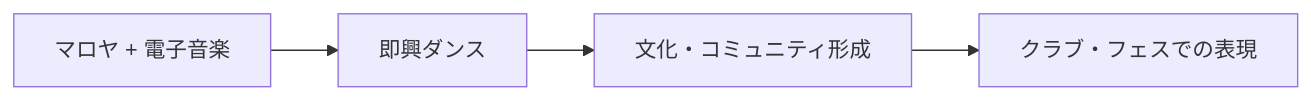
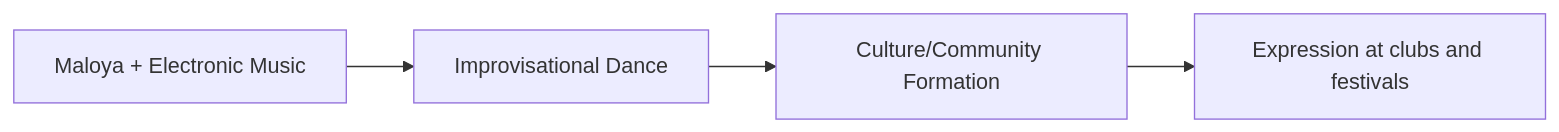
The sixth of 6 diagrams in en/_posts/2025-10-04-Column-Nyege-Nyege.md (monumental-movement/monumental-movement.github.io), drawn with Mermaid before and after one commit. The commit also changed other lines of this file and 1631 other files, not shown here.

```diff
--- a/en/_posts/2025-10-04-Column-Nyege-Nyege.md
+++ b/en/_posts/2025-10-04-Column-Nyege-Nyege.md
@@ -285,7 +279,7 @@
 <div class="mermaid">
 
 flowchart LR
-    Music["マロヤ + 電子音楽"] --> Dance["即興ダンス"]
-    Dance --> Community["文化・コミュニティ形成"]
-    Community --> Festivals["クラブ・フェスでの表現"]
+    Music["Maloya + Electronic Music"] --> Dance["Improvisational Dance"]
+    Dance --> Community["Culture/Community Formation"]
+    Community --> Festivals["Expression at clubs and festivals"]
 </div>
```
